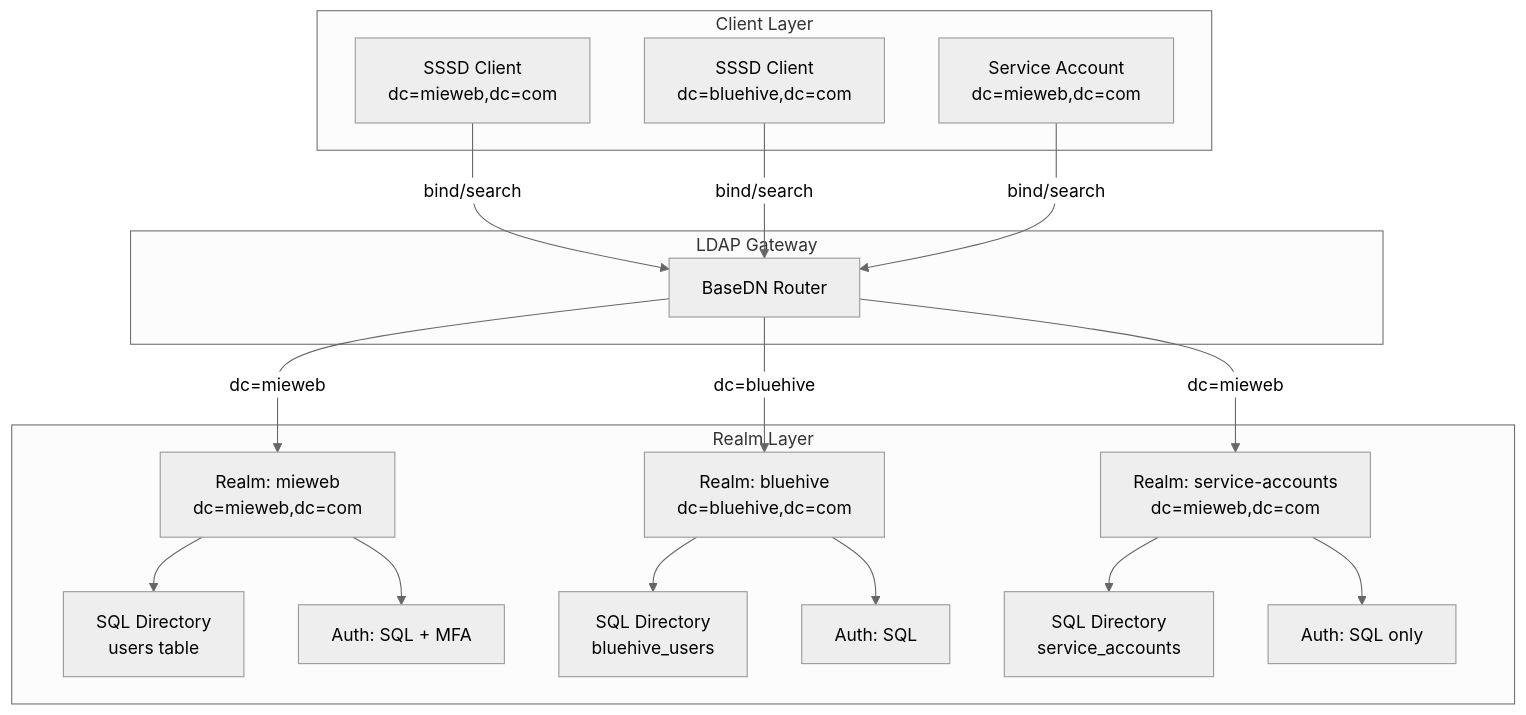
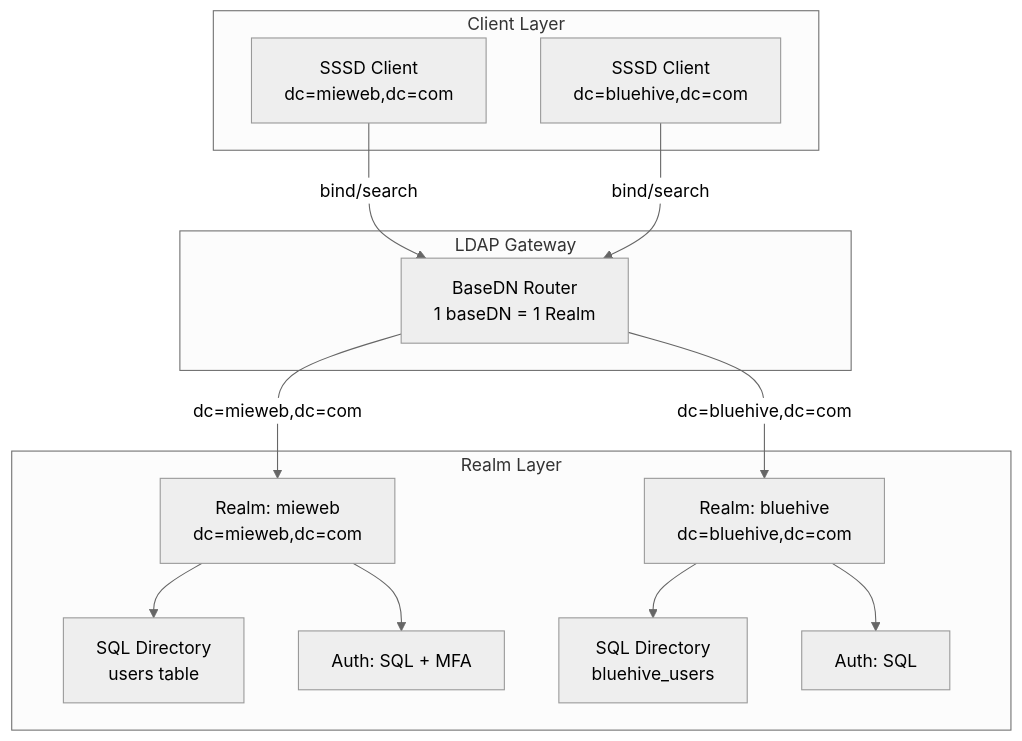
Before and after one commit to mieweb/LDAPServer: the first of 4 diagrams in docs/MULTI-REALM-ARCHITECTURE.md, drawn with Mermaid (neutral theme). The commit also changed other lines of this file and 7 other files, not shown here.

Commit message:
Enforce 1:1 baseDN-to-realm and remove cross-realm fallback

````diff
--- a/docs/MULTI-REALM-ARCHITECTURE.md
+++ b/docs/MULTI-REALM-ARCHITECTURE.md
@@ -16,35 +16,28 @@
 ```mermaid
 flowchart TB
     subgraph "Client Layer"
         C1["SSSD Client\ndc=mieweb,dc=com"]
         C2["SSSD Client\ndc=bluehive,dc=com"]
-        C3["Service Account\ndc=mieweb,dc=com"]
     end
     
     subgraph "LDAP Gateway"
-        GW["BaseDN Router"]
+        GW["BaseDN Router\n1 baseDN = 1 Realm"]
     end
     
     subgraph "Realm Layer"
         R1["Realm: mieweb\ndc=mieweb,dc=com"]
         R2["Realm: bluehive\ndc=bluehive,dc=com"]
-        R3["Realm: service-accounts\ndc=mieweb,dc=com"]
         
         R1 --> DIR1["SQL Directory\nusers table"]
         R1 --> AUTH1["Auth: SQL + MFA"]
         
         R2 --> DIR2["SQL Directory\nbluehive_users"]
         R2 --> AUTH2["Auth: SQL"]
-        
-        R3 --> DIR3["SQL Directory\nservice_accounts"]
-        R3 --> AUTH3["Auth: SQL only"]
     end
     
     C1 -->|"bind/search"| GW
     C2 -->|"bind/search"| GW
-    C3 -->|"bind/search"| GW
     
-    GW -->|"dc=mieweb"| R1
-    GW -->|"dc=bluehive"| R2
-    GW -->|"dc=mieweb"| R3
+    GW -->|"dc=mieweb,dc=com"| R1
+    GW -->|"dc=bluehive,dc=com"| R2
 ```
````
